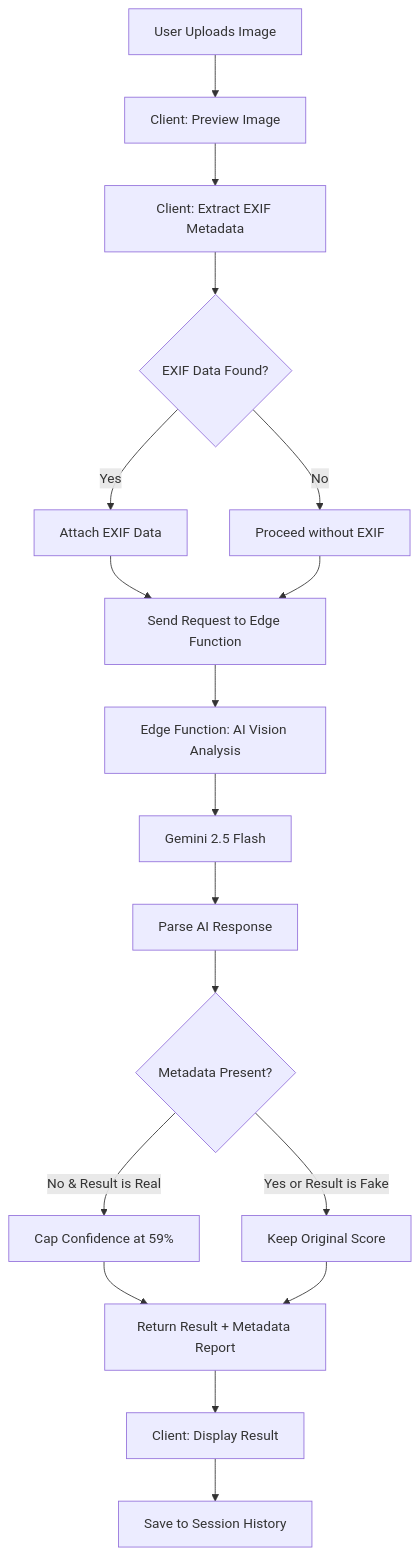
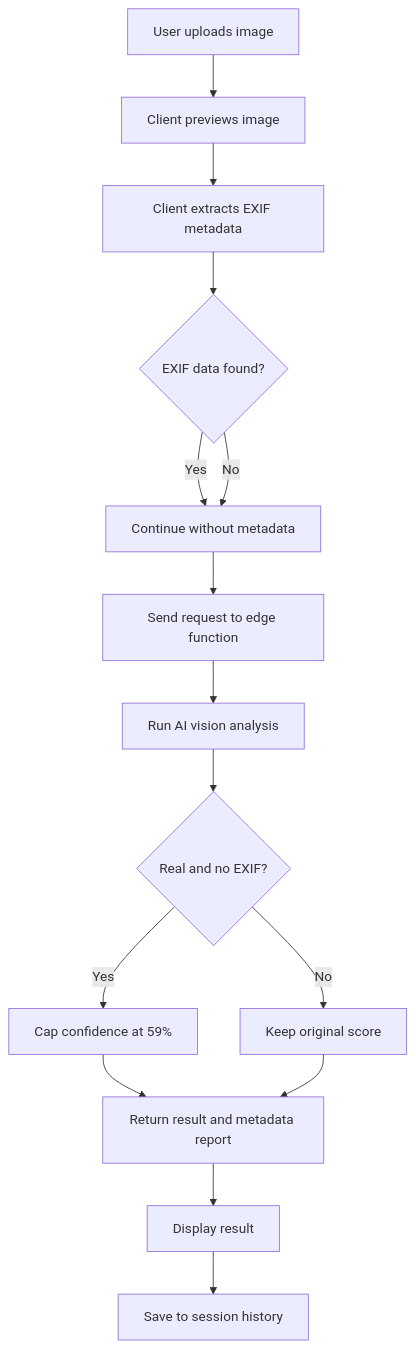
Before and after one commit to kiran46-code/deepfaked: the first of 2 diagrams in README.md, drawn with Mermaid. The commit also changed other lines of this file, not shown here.

````diff
--- a/README.md
+++ b/README.md
@@ -82,20 +83,17 @@
 ```mermaid
 flowchart TD
-    A[User Uploads Image] --> B[Client: Preview Image]
-    B --> C[Client: Extract EXIF Metadata]
-    C --> D{EXIF Data Found?}
-    D -->|Yes| E1[Attach EXIF Data]
-    D -->|No| E2[Proceed without EXIF]
-    E1 --> E[Send Request to Edge Function]
-    E2 --> E
-    E --> F[Edge Function: AI Vision Analysis]
-    F --> G[Gemini 2.5 Flash]
-    G --> H[Parse AI Response]
-    H --> I{Metadata Present?}
-    I -->|No & Result is Real| J[Cap Confidence at 59%]
-    I -->|Yes or Result is Fake| K[Keep Original Score]
-    J --> L[Return Result + Metadata Report]
-    K --> L
-    L --> M[Client: Display Result]
-    M --> N[Save to Session History]
+    A[User uploads image] --> B[Client previews image]
+    B --> C[Client extracts EXIF metadata]
+    C --> D{EXIF data found?}
+    D -->|Yes| E[Attach metadata]
+    D -->|No| E[Continue without metadata]
+    E --> F[Send request to edge function]
+    F --> G[Run AI vision analysis]
+    G --> H{Real and no EXIF?}
+    H -->|Yes| I[Cap confidence at 59%]
+    H -->|No| J[Keep original score]
+    I --> K[Return result and metadata report]
+    J --> K
+    K --> L[Display result]
+    L --> M[Save to session history]
 ```
````
